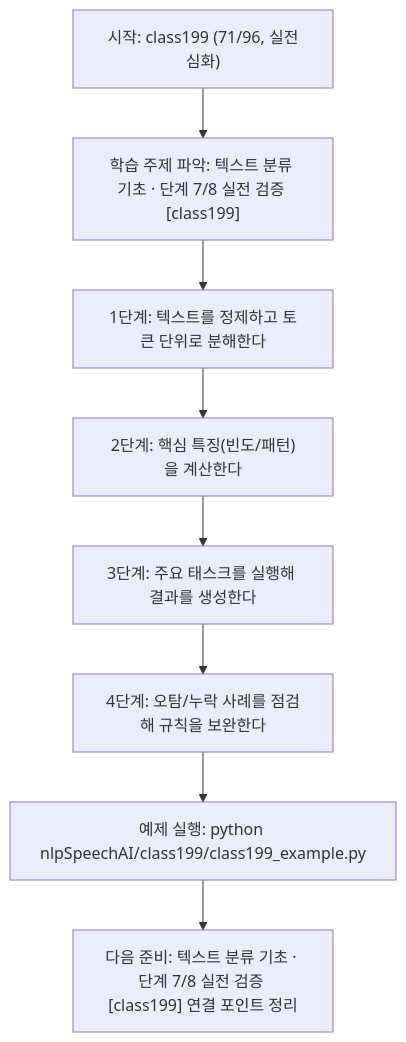
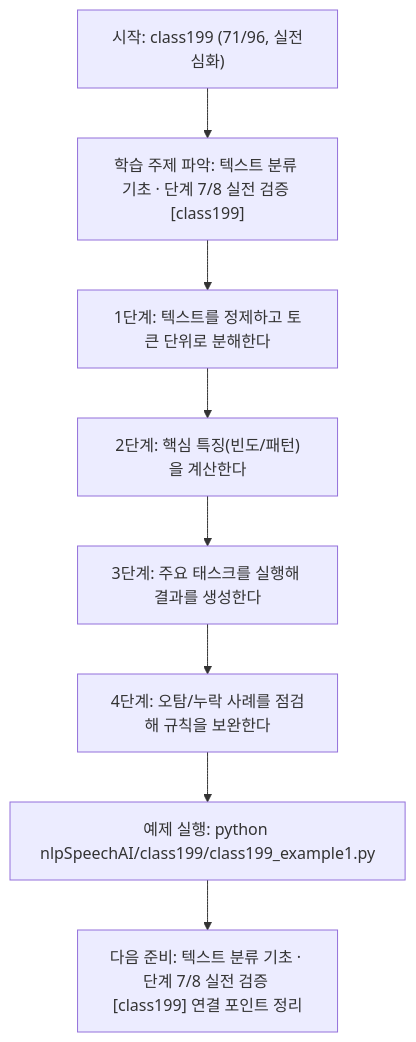
The diagram in nlpSpeechAI/class199/class199.md (edumgt/Python-AI_Agent-Class), drawn with Mermaid before and after one commit. The commit also changed other lines of this file and 2959 other files, not shown here.

````diff
--- a/nlpSpeechAI/class199/class199.md
+++ b/nlpSpeechAI/class199/class199.md
@@ -114,18 +114,18 @@
 ```mermaid
 flowchart TD
 N1["시작: class199 (71/96, 실전심화)"]
 N2["학습 주제 파악: 텍스트 분류 기초 · 단계 7/8 실전 검증 [class199]"]
 N3["1단계: 텍스트를 정제하고 토큰 단위로 분해한다"]
 N4["2단계: 핵심 특징(빈도/패턴)을 계산한다"]
 N5["3단계: 주요 태스크를 실행해 결과를 생성한다"]
 N6["4단계: 오탐/누락 사례를 점검해 규칙을 보완한다"]
-N7["예제 실행: python nlpSpeechAI/class199/class199_example.py"]
+N7["예제 실행: python nlpSpeechAI/class199/class199_example1.py"]
 N8["다음 준비: 텍스트 분류 기초 · 단계 7/8 실전 검증 [class199] 연결 포인트 정리"]
 N1 --> N2
 N2 --> N3
 N3 --> N4
 N4 --> N5
 N5 --> N6
 N6 --> N7
 N7 --> N8
 ```
````
